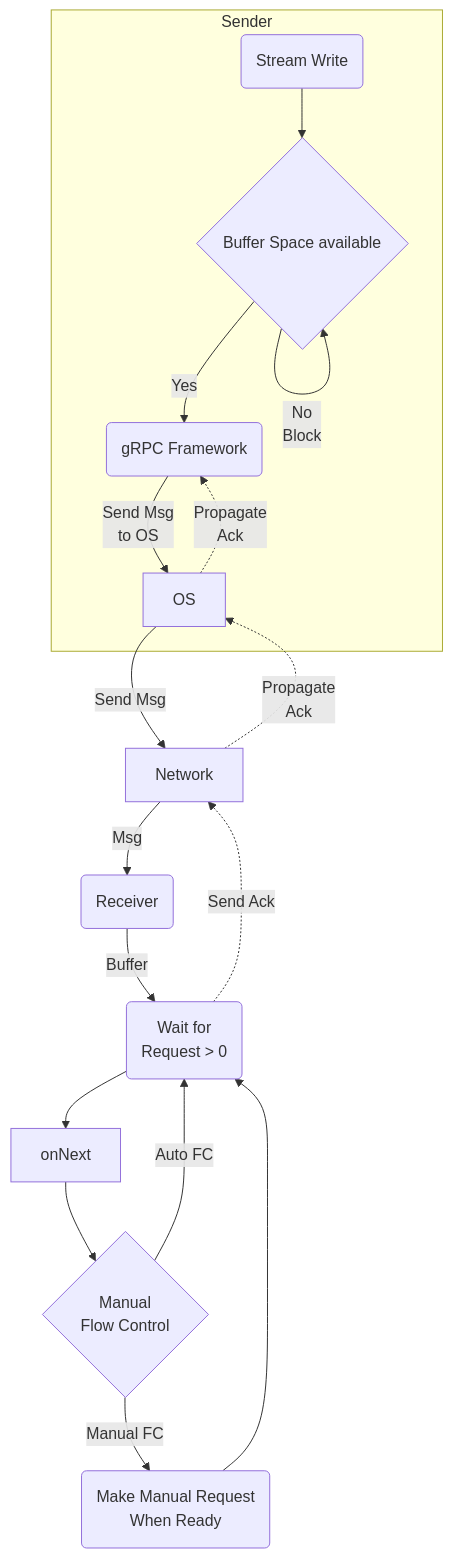
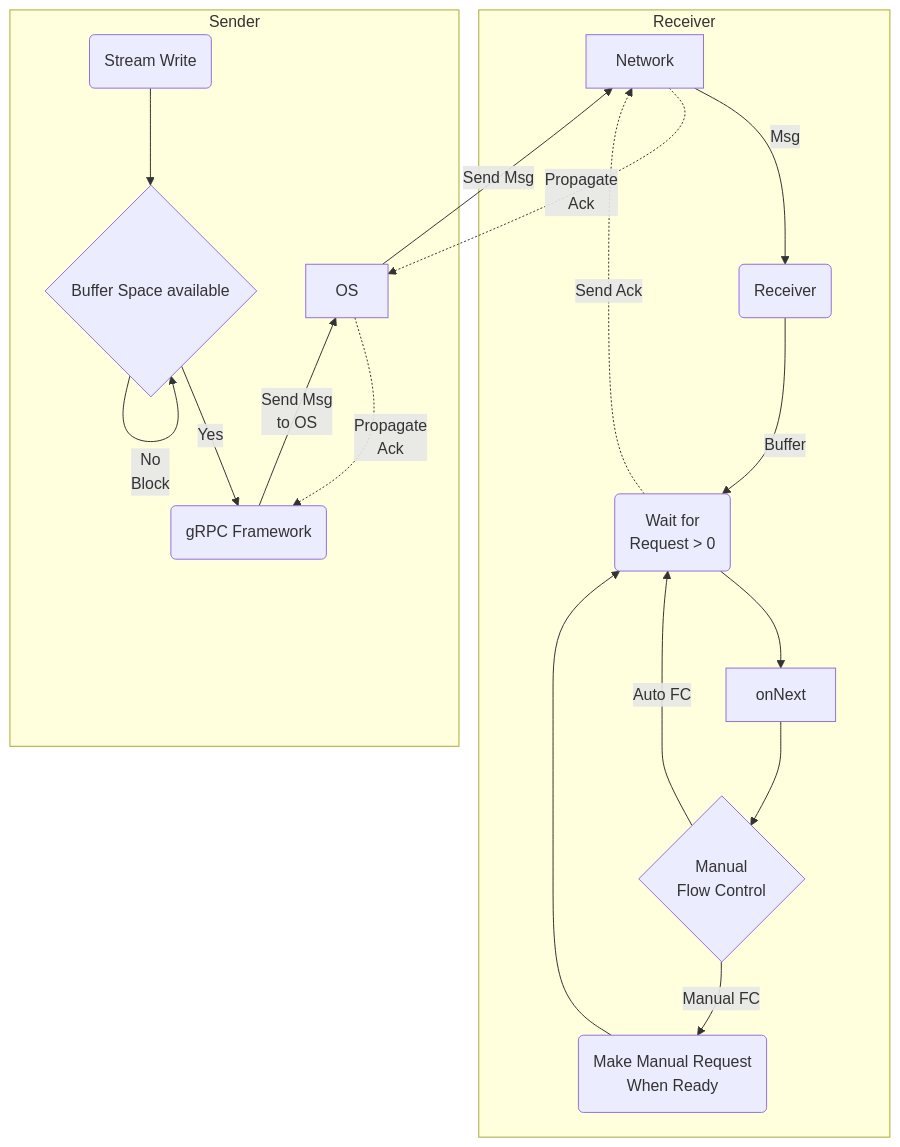
The diagram in content/en/docs/guides/flow-control.md (grpc/grpc.io), drawn with Mermaid before and after one commit.

Commit message:
update flowchart

````diff
--- a/content/en/docs/guides/flow-control.md
+++ b/content/en/docs/guides/flow-control.md
@@ -46,26 +46,35 @@
 ```mermaid
 flowchart TD
-subgraph Sender
-SW
-BF
-gRPC
-OS
+subgraph Receiver
+ N[Network]
+ M{Manual\nFlow Control}
+ onNext
+ RQ(Wait for\nRequest > 0)
+ RC(Receiver)
+ MR(Make Manual Request\nWhen Ready)
 end
 
-SW(Stream Write) --> BF{Buffer Space available}
-  BF --> | Yes| gRPC
+subgraph Sender
+ SW(Stream Write)
+ BF{Buffer Space available}
+ gRPC(gRPC Framework)
+ OS
+end
+
+  SW --> BF
+  BF --> |Yes| gRPC
   BF --> |No\nBlock| BF
-  gRPC(gRPC Framework) --> |Send Msg \nto OS| OS
-  OS --> |Send Msg| N[Network]
-  N -->|Msg| C(Receiver)
-  C--> |Buffer| RQ(Wait for\nRequest > 0)
-  RQ -->onNext 
+  gRPC --> |Send Msg \nto OS| OS
+  OS --> |Send Msg| N
+  N -->  |Msg| RC
+  RC --> |Buffer| RQ
+  RQ --> onNext 
   RQ -.-> |Send Ack| N
-  N -.-> |Propagate\nAck| OS
-  OS-.->|Propagate\nAck| gRPC
-  onNext --> M{Manual\nFlow Control}
+  N -.->  |Propagate\nAck| OS
+  OS -.-> |Propagate\nAck| gRPC
+  onNext --> M
   M --> |Auto FC| RQ
-  M --> |Manual FC| MR(Make Manual Request\nWhen Ready)
+  M --> |Manual FC| MR
   MR --> RQ
-  
+ 
 ```
````
